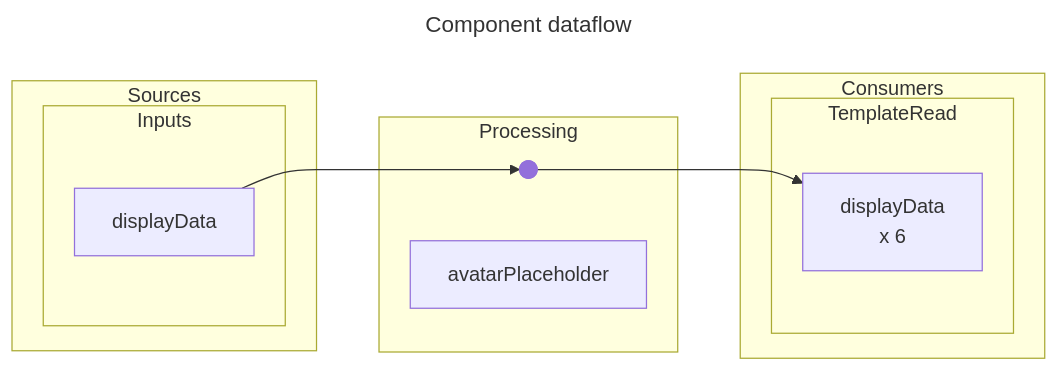
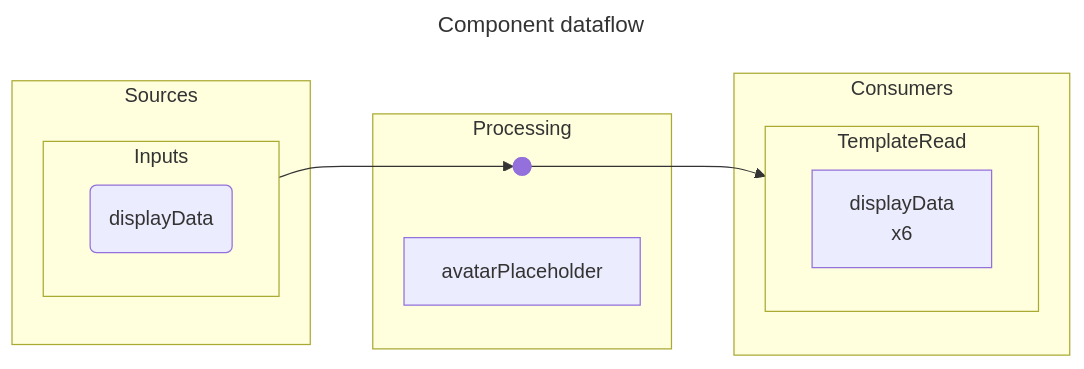
The first of 2 diagrams in src/app/components/content/client-info/client-info.component.dataflow.md (earthdmitriy/rx-evo), drawn with Mermaid before and after one commit. The commit also changed other lines of this file and 39 other files, not shown here.

Commit message:
updated dataflow diagrams

````diff
--- a/src/app/components/content/client-info/client-info.component.dataflow.md
+++ b/src/app/components/content/client-info/client-info.component.dataflow.md
@@ -3,32 +3,34 @@
 ```mermaid
 ---
 title: Component dataflow
 ---
 graph LR
     subgraph Sources
         subgraph Inputs
-            Source_displayData["
+            direction LR
+            Source_displayData("
                 displayData
-            "]
+            ")
         end
     end
     subgraph Processing
         Processing_avatarPlaceholder["
             avatarPlaceholder
         "]
         Processing_displayData@{ shape: f-circ, label: "Junction" }
     end
     subgraph Consumers
         subgraph TemplateRead
+            direction LR
             Consumer_displayData["
                 displayData
-x            6
+                x6
             "]
         end
     end
     Sources ~~~ Processing
     Processing ~~~ Consumers
     Source_displayData --> Processing_displayData
     Processing_displayData --> Consumer_displayData
 
 ```
````
